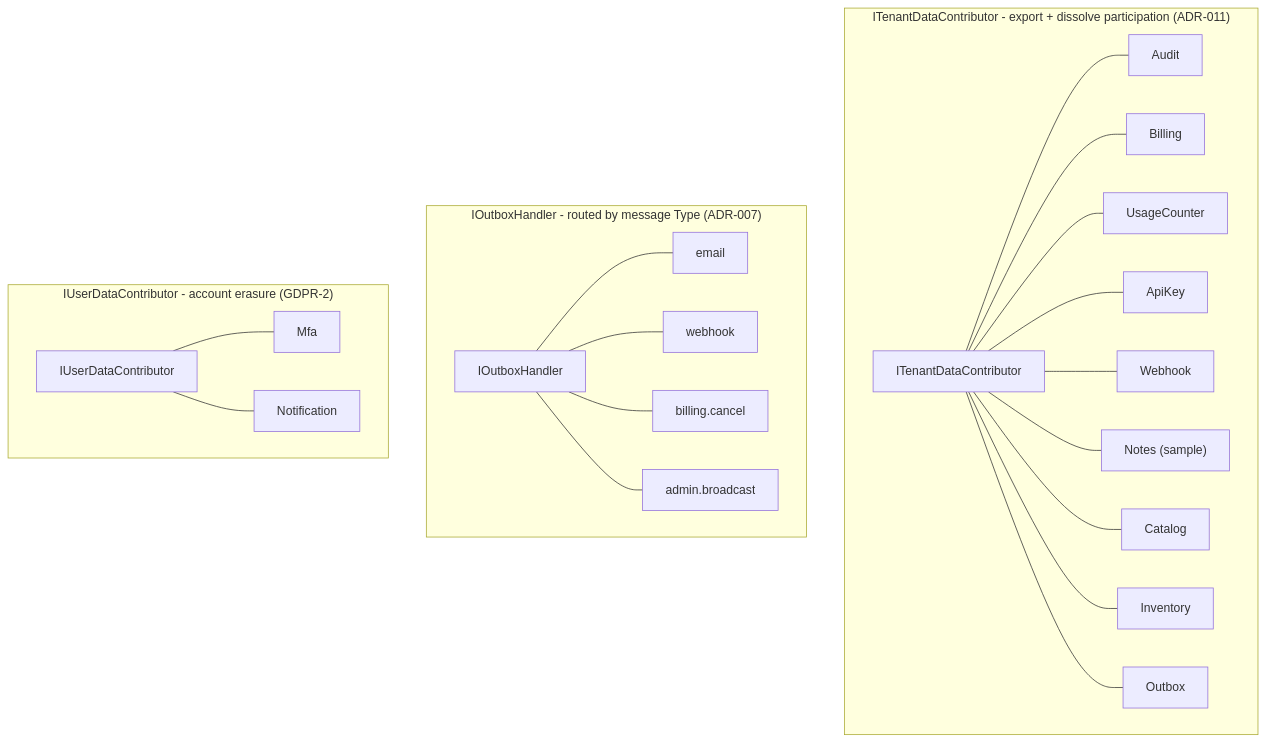
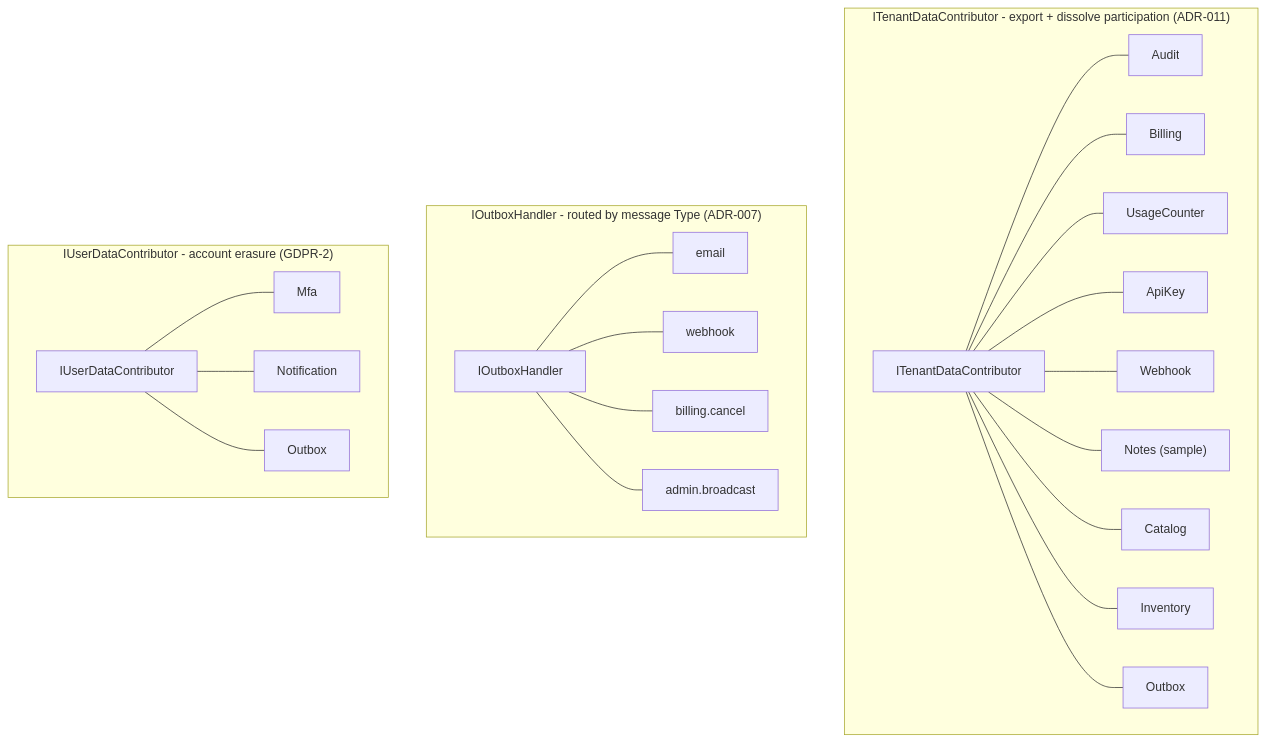
One commit to argamboad/jigger-jot changed the second of 8 diagrams in docs/ARCHITECTURE.md. Above: the diagram before and after it, drawn with Mermaid. The commit also changed other lines of this file and 20 other files, not shown here.

````diff
--- a/docs/ARCHITECTURE.md
+++ b/docs/ARCHITECTURE.md
@@ -75,15 +75,15 @@
 ```mermaid
 flowchart TB
     subgraph contributors ["ITenantDataContributor - export + dissolve participation (ADR-011)"]
         TDC["ITenantDataContributor"]
         TDC --- C1["Audit"] & C2["Billing"] & C3["UsageCounter"] & C4["ApiKey"] & C5["Webhook"] & C6["Notes (sample)"] & C7["Catalog"] & C8["Inventory"] & C9["Outbox"]
     end
     subgraph handlers ["IOutboxHandler - routed by message Type (ADR-007)"]
         OH["IOutboxHandler"]
         OH --- H1["email"] & H2["webhook"] & H3["billing.cancel"] & H4["admin.broadcast"]
     end
     subgraph userdata ["IUserDataContributor - account erasure (GDPR-2)"]
         UDC["IUserDataContributor"]
-        UDC --- U1["Mfa"] & U2["Notification"]
+        UDC --- U1["Mfa"] & U2["Notification"] & U3["Outbox"]
     end
 ```
````
